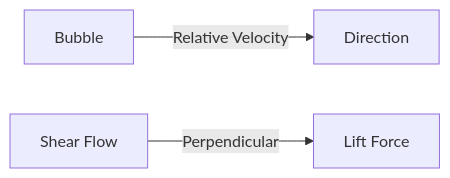
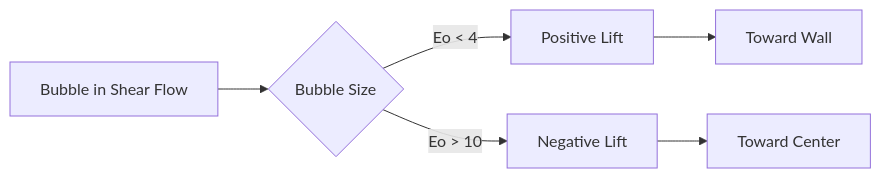
Before and after one commit to wramet/build-my-cfd: the diagram in MODULE_04_MULTIPHASE_FUNDAMENTALS/CONTENT/04_INTERPHASE_FORCES/02_LIFT/00_Overview.md, drawn with Mermaid. The commit also changed other lines of this file and 75 other files, not shown here.

````diff
--- a/MODULE_04_MULTIPHASE_FUNDAMENTALS/CONTENT/04_INTERPHASE_FORCES/02_LIFT/00_Overview.md
+++ b/MODULE_04_MULTIPHASE_FUNDAMENTALS/CONTENT/04_INTERPHASE_FORCES/02_LIFT/00_Overview.md
@@ -11,5 +39,8 @@
 ```mermaid
 flowchart LR
-    A[Bubble] -->|Relative Velocity| B[Direction]
-    C[Shear Flow] -->|Perpendicular| D[Lift Force]
+    A[Bubble in Shear Flow] --> B{Bubble Size}
+    B -->|Eo < 4| C[Positive Lift]
+    B -->|Eo > 10| D[Negative Lift]
+    C --> E[Toward Wall]
+    D --> F[Toward Center]
 ```
````
